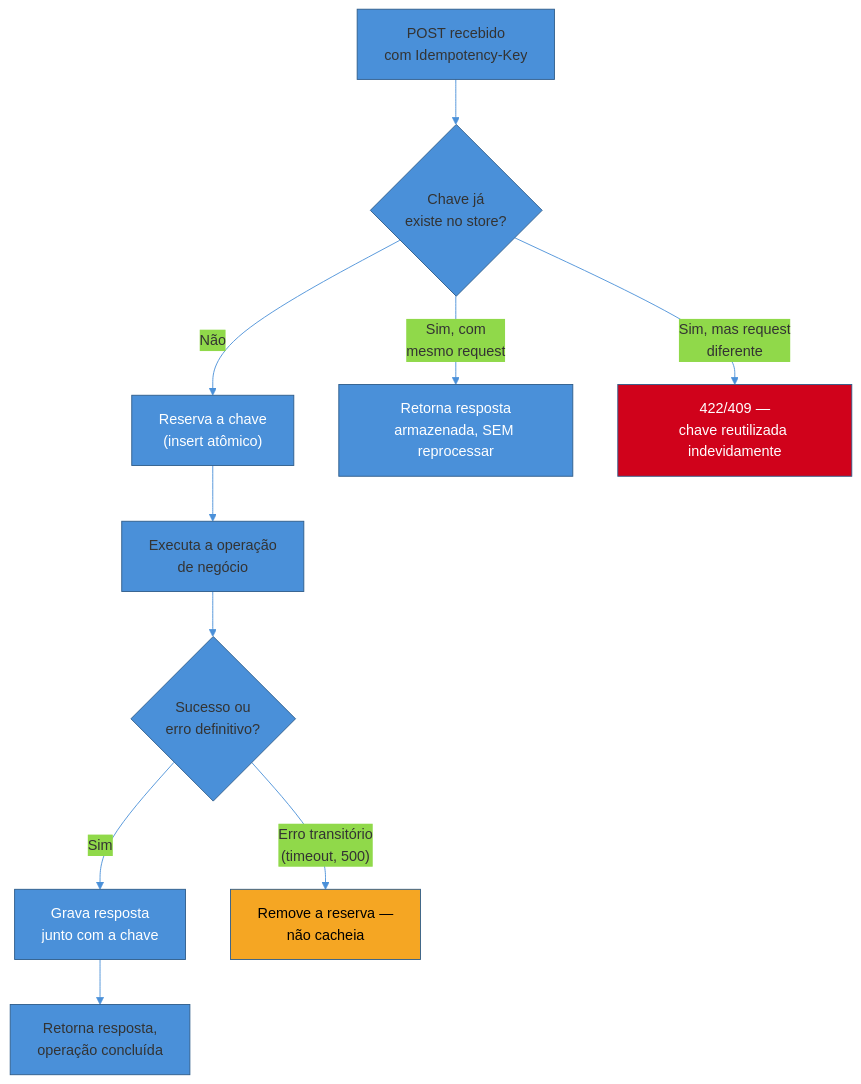
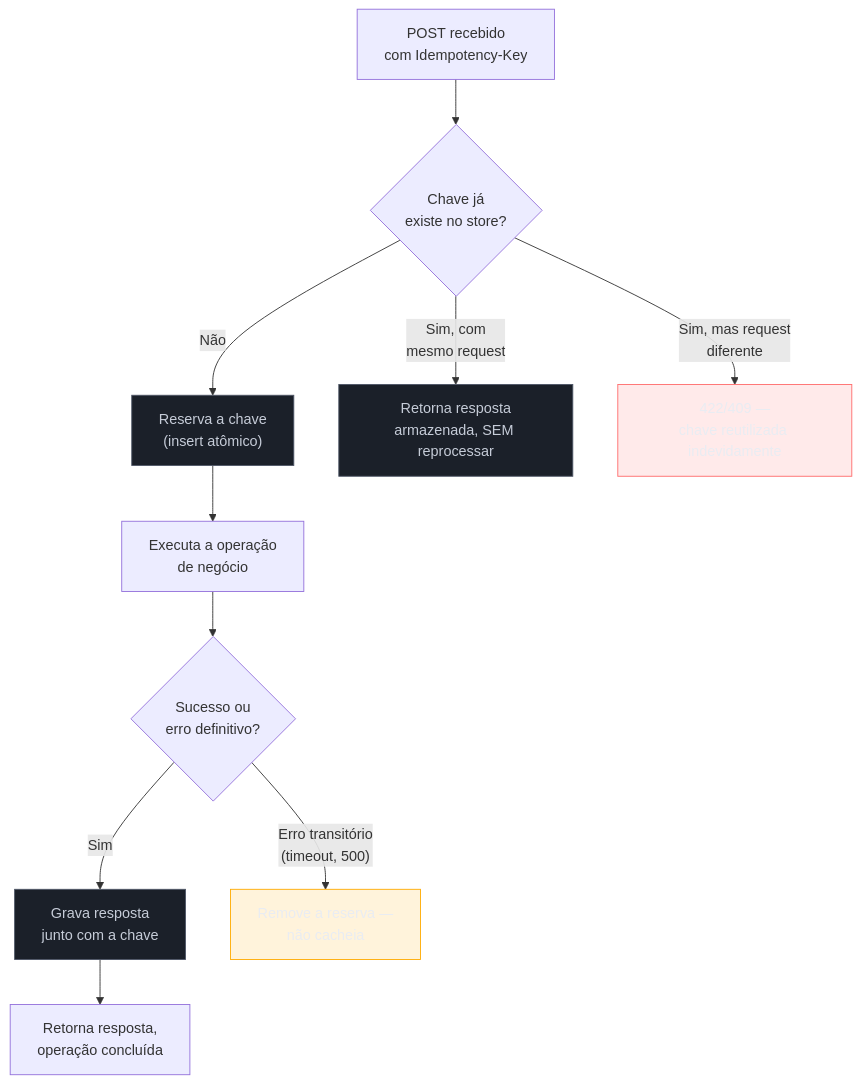
Before and after one commit to josenaldo/codex-technomanticus: the third of 3 diagrams in 03-Dominios/Engenharia/Comunicação entre Sistemas/3 - Confiabilidade do contrato/01 - Idempotência.md, drawn with Mermaid. The commit also changed other lines of this file and 1181 other files, not shown here.

First line of the commit message:
fix(diagramas): paleta do sistema no lugar de cor cravada no markdown

````diff
--- a/03-Dominios/Engenharia/Comunicação entre Sistemas/3 - Confiabilidade do contrato/01 - Idempotência.md
+++ b/03-Dominios/Engenharia/Comunicação entre Sistemas/3 - Confiabilidade do contrato/01 - Idempotência.md
@@ -121,19 +121,21 @@
 ```mermaid
-%%{init: {"theme": "base", "themeVariables": {"primaryColor": "#4A90D9", "primaryBorderColor": "#2E5C8A", "lineColor": "#4A90D9"}}}%%
 flowchart TD
+    classDef neutro fill:#1B2029,stroke:#4E5666,color:#C6CCD8
+    classDef destaque fill:#FFAA0024,stroke:#FFAA00,color:#E9ECF2
+    classDef falha fill:#FF6B6B24,stroke:#FF6B6B,color:#E9ECF2
     A["POST recebido<br/>com Idempotency-Key"] --> B{"Chave já<br/>existe no store?"}
     B -->|"Não"| C["Reserva a chave<br/>(insert atômico)"]
     C --> D["Executa a operação<br/>de negócio"]
     D --> E{"Sucesso ou<br/>erro definitivo?"}
     E -->|"Sim"| F["Grava resposta<br/>junto com a chave"]
     E -->|"Erro transitório<br/>(timeout, 500)"| G["Remove a reserva —<br/>não cacheia"]
     F --> H["Retorna resposta,<br/>operação concluída"]
     B -->|"Sim, com<br/>mesmo request"| I["Retorna resposta<br/>armazenada, SEM reprocessar"]
     B -->|"Sim, mas request<br/>diferente"| J["422/409 —<br/>chave reutilizada indevidamente"]
 
-    style C fill:#4A90D9,color:#fff
-    style F fill:#4A90D9,color:#fff
-    style I fill:#4A90D9,color:#fff
-    style G fill:#F5A623,color:#000
-    style J fill:#D0021B,color:#fff
+    class C neutro
+    class F neutro
+    class I neutro
+    class G destaque
+    class J falha
 ```
````
